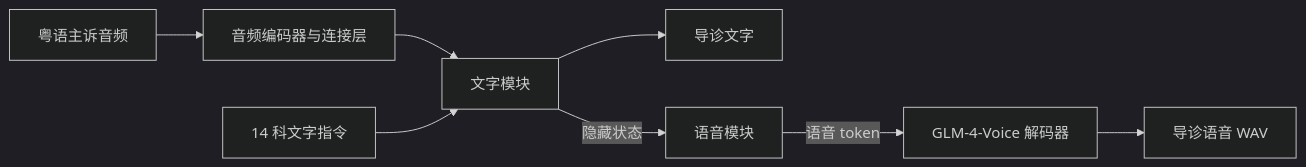
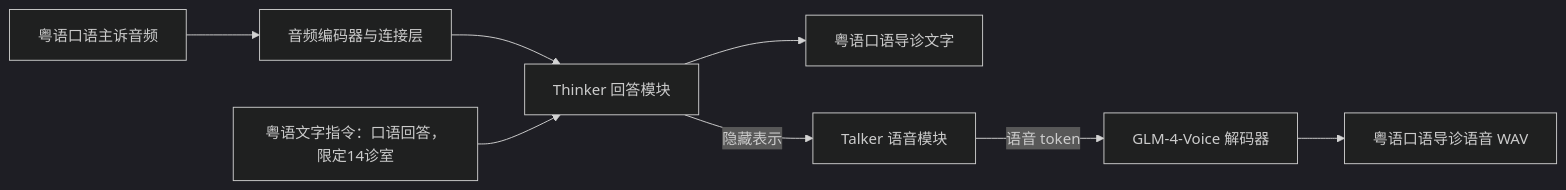
Before and after one commit to JocyRose/AI-CantoTriage: the diagram in README.md, drawn with Mermaid (dark theme). The commit also changed other lines of this file and 3 other files, not shown here.

````diff
--- a/README.md
+++ b/README.md
@@ -11,10 +11,10 @@
 ```mermaid
 flowchart LR
-    A["粤语主诉音频"] --> B["音频编码器与连接层"]
-    B --> C["文字模块"]
-    D["14 科文字指令"] --> C
-    C --> E["导诊文字"]
-    C -->|隐藏状态| F["语音模块"]
+    A["粤语口语主诉音频"] --> B["音频编码器与连接层"]
+    B --> C["Thinker 回答模块"]
+    D["粤语文字指令：口语回答，限定14诊室"] --> C
+    C --> E["粤语口语导诊文字"]
+    C -->|隐藏表示| F["Talker 语音模块"]
     F -->|语音 token| G["GLM-4-Voice 解码器"]
-    G --> H["导诊语音 WAV"]
+    G --> H["粤语口语导诊语音 WAV"]
 ```
````
